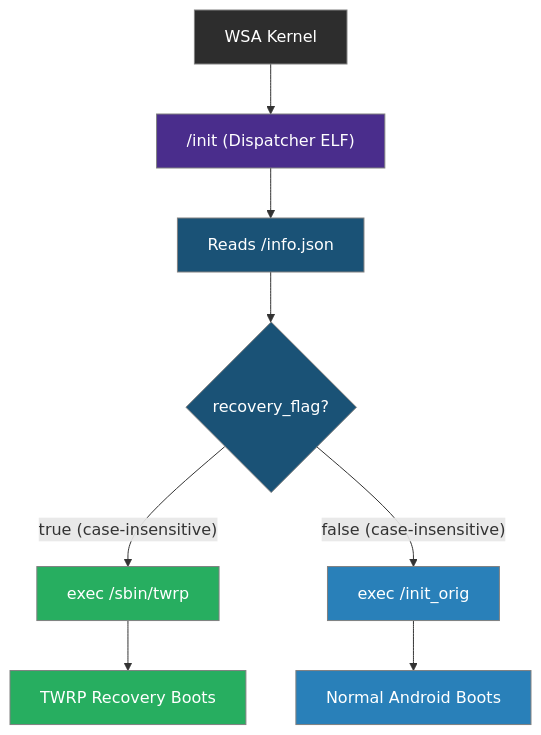
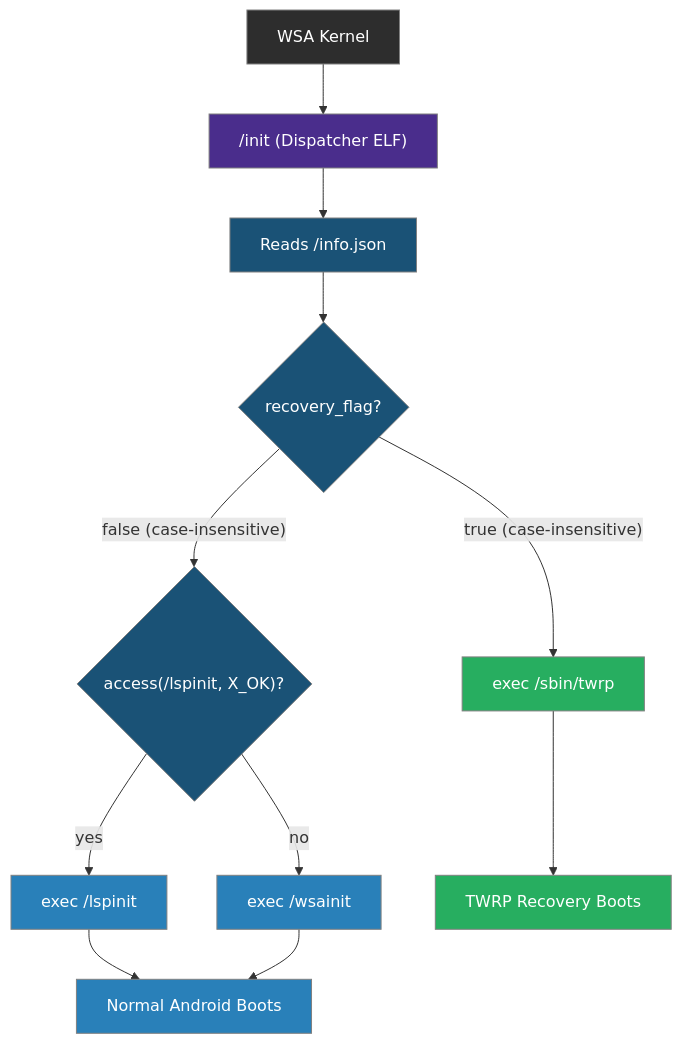
The first of 2 diagrams in docs/architecture.md (WSA-Installer/twrp-for-wsa), drawn with Mermaid before and after one commit. The commit also changed other lines of this file and 10 other files, not shown here.

````diff
--- a/docs/architecture.md
+++ b/docs/architecture.md
@@ -86,19 +98,24 @@
 ```mermaid
 flowchart TD
     A[WSA Kernel] --> B["/init (Dispatcher ELF)"]
     B --> C[Reads /info.json]
     C --> D{recovery_flag?}
     D -->|"true (case-insensitive)"| E["exec /sbin/twrp"]
-    D -->|"false (case-insensitive)"| F["exec /init_orig"]
+    D -->|"false (case-insensitive)"| I{"access(/lspinit, X_OK)?"}
+    I -->|yes| F["exec /lspinit"]
+    I -->|no| F2["exec /wsainit"]
     E --> G[TWRP Recovery Boots]
     F --> H[Normal Android Boots]
+    F2 --> H
 
     style A fill:#2d2d2d,stroke:#808080,color:#fff
     style B fill:#4a2d8c,stroke:#808080,color:#fff
     style C fill:#1a5276,stroke:#808080,color:#fff
     style D fill:#1a5276,stroke:#808080,color:#fff
+    style I fill:#1a5276,stroke:#808080,color:#fff
     style E fill:#27ae60,stroke:#808080,color:#fff
     style F fill:#2980b9,stroke:#808080,color:#fff
+    style F2 fill:#2980b9,stroke:#808080,color:#fff
     style G fill:#27ae60,stroke:#808080,color:#fff
     style H fill:#2980b9,stroke:#808080,color:#fff
 ```
````
